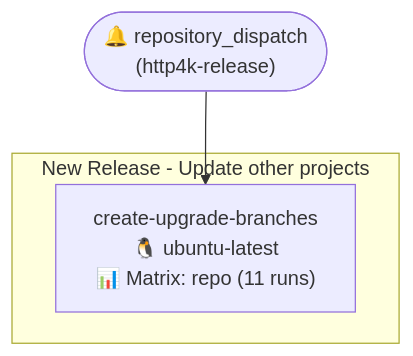
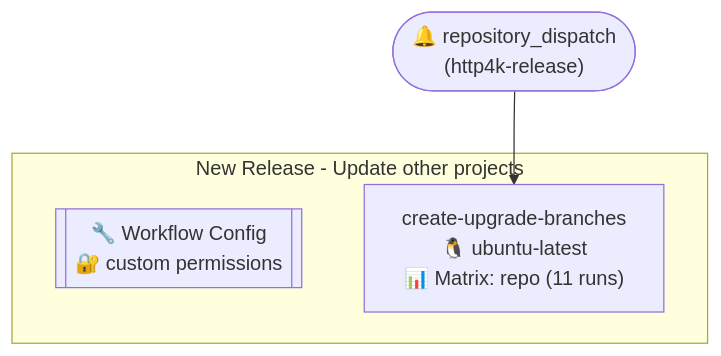
The first of 2 diagrams in .github/typeflows/new-release-upgrade-branches/README.md (http4k/http4k), drawn with Mermaid before and after one commit. The commit also changed 35 other files, not shown here.

````diff
--- a/.github/typeflows/new-release-upgrade-branches/README.md
+++ b/.github/typeflows/new-release-upgrade-branches/README.md
@@ -3,9 +3,10 @@
 ```mermaid
 %%{init: {"flowchart": {"curve": "basis"}}}%%
 flowchart TD
     repositorydispatch(["🔔 repository_dispatch<br/>(http4k-release)"])
     subgraph newreleaseupgradebranchesyml["New Release - Update other projects"]
+        newreleaseupgradebranchesyml_metadata[["🔧 Workflow Config<br/>🔐 custom permissions"]]
         newreleaseupgradebranchesyml_createupgradebranches["create-upgrade-branches<br/>🐧 ubuntu-latest<br/>📊 Matrix: repo (11 runs)"]
     end
     repositorydispatch --> newreleaseupgradebranchesyml_createupgradebranches
 ```
````
